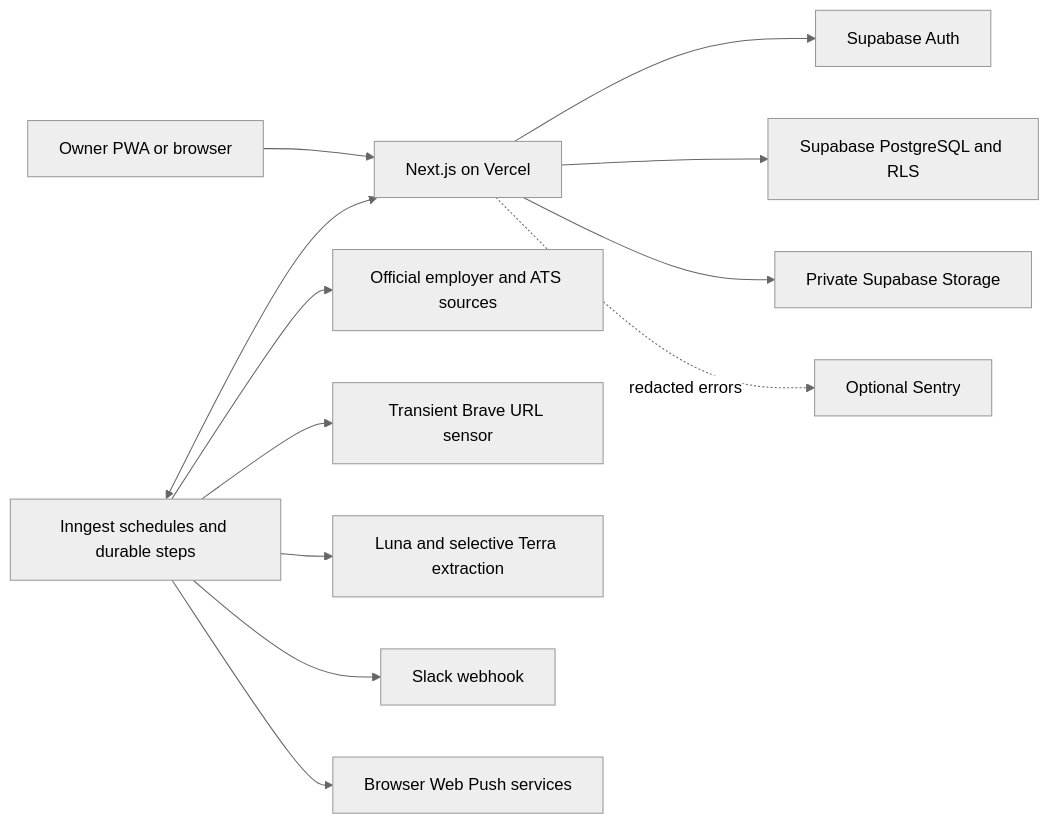
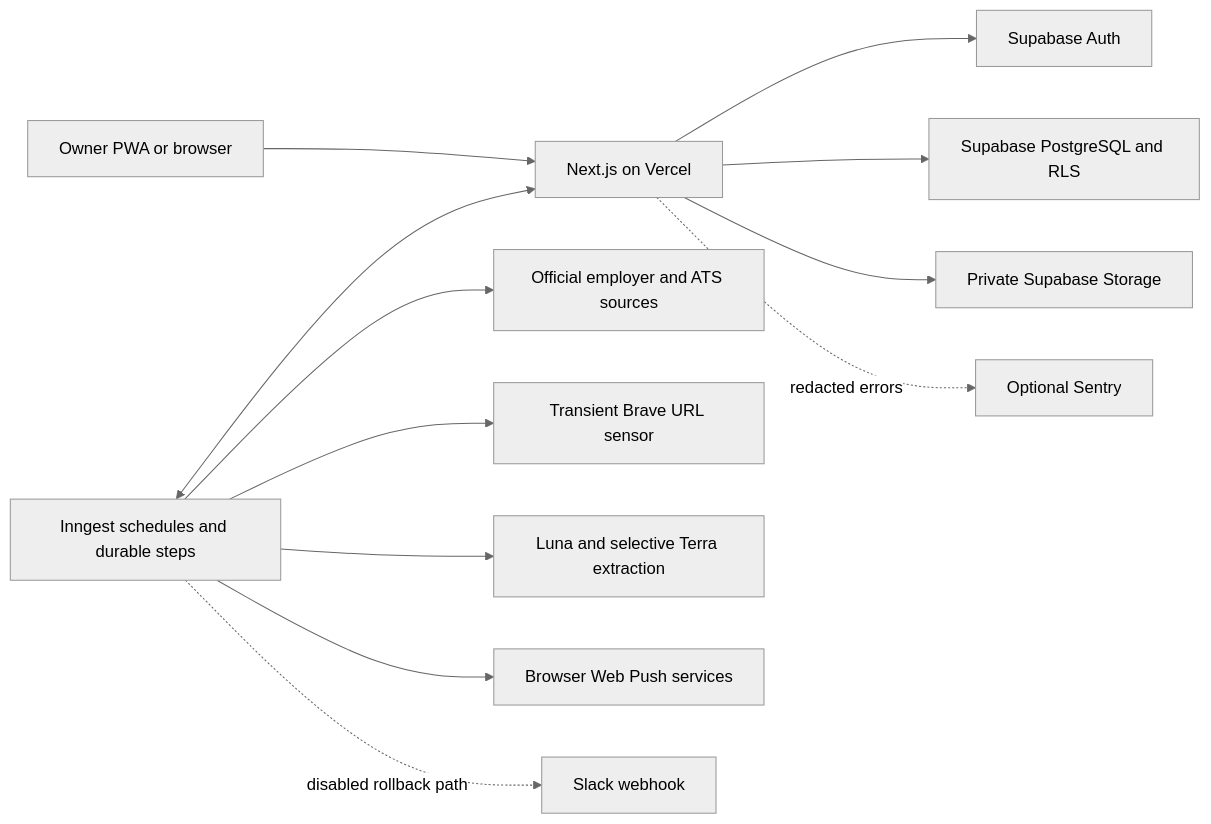
The first of 2 diagrams in docs/architecture.md (ilan0/firstseen-job-discovery), drawn with Mermaid (neutral theme) before and after one commit. The commit also changed other lines of this file and 46 other files, not shown here.

````diff
--- a/docs/architecture.md
+++ b/docs/architecture.md
@@ -5,14 +5,14 @@
 ```mermaid
 flowchart LR
   U["Owner PWA or browser"] --> V["Next.js on Vercel"]
   V --> A["Supabase Auth"]
   V --> P["Supabase PostgreSQL and RLS"]
   V --> ST["Private Supabase Storage"]
   I["Inngest schedules and durable steps"] <--> V
   I --> O["Official employer and ATS sources"]
   I --> B["Transient Brave URL sensor"]
   I --> M["Luna and selective Terra extraction"]
-  I --> S["Slack webhook"]
   I --> W["Browser Web Push services"]
+  I -. "disabled rollback path" .-> S["Slack webhook"]
   V -. "redacted errors" .-> E["Optional Sentry"]
 ```
````
